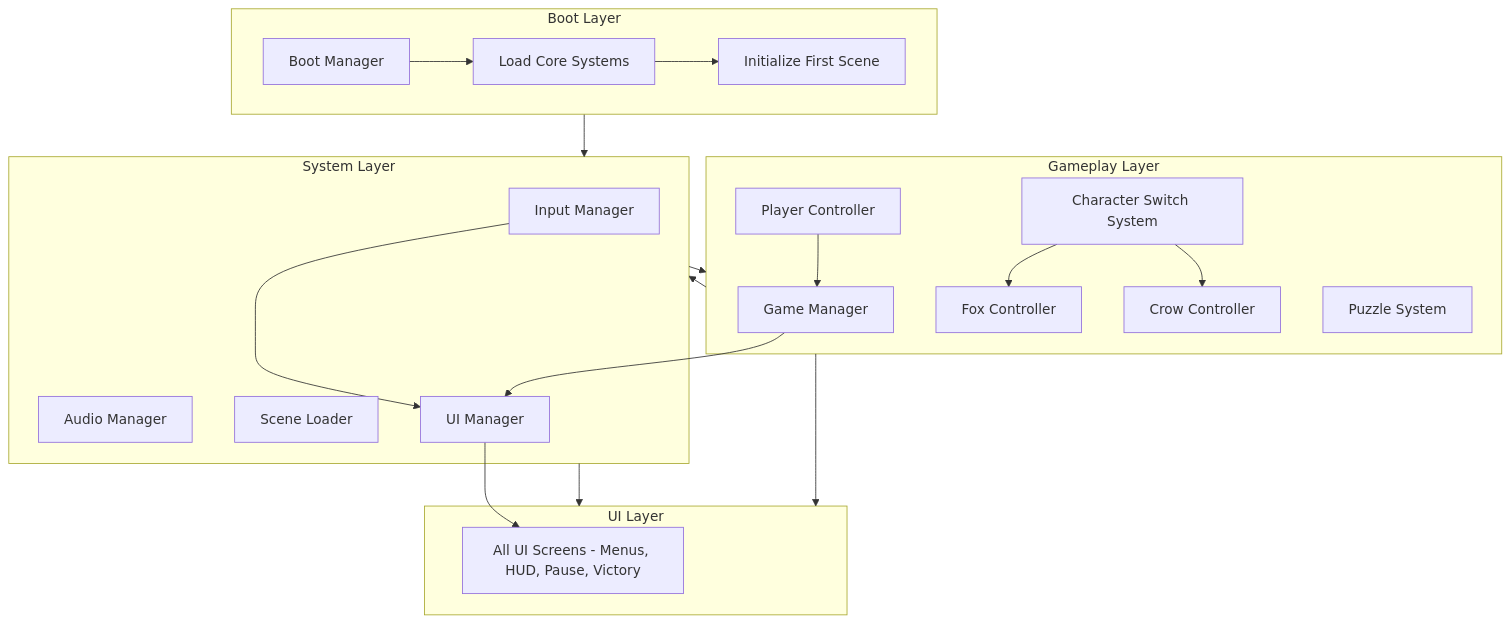
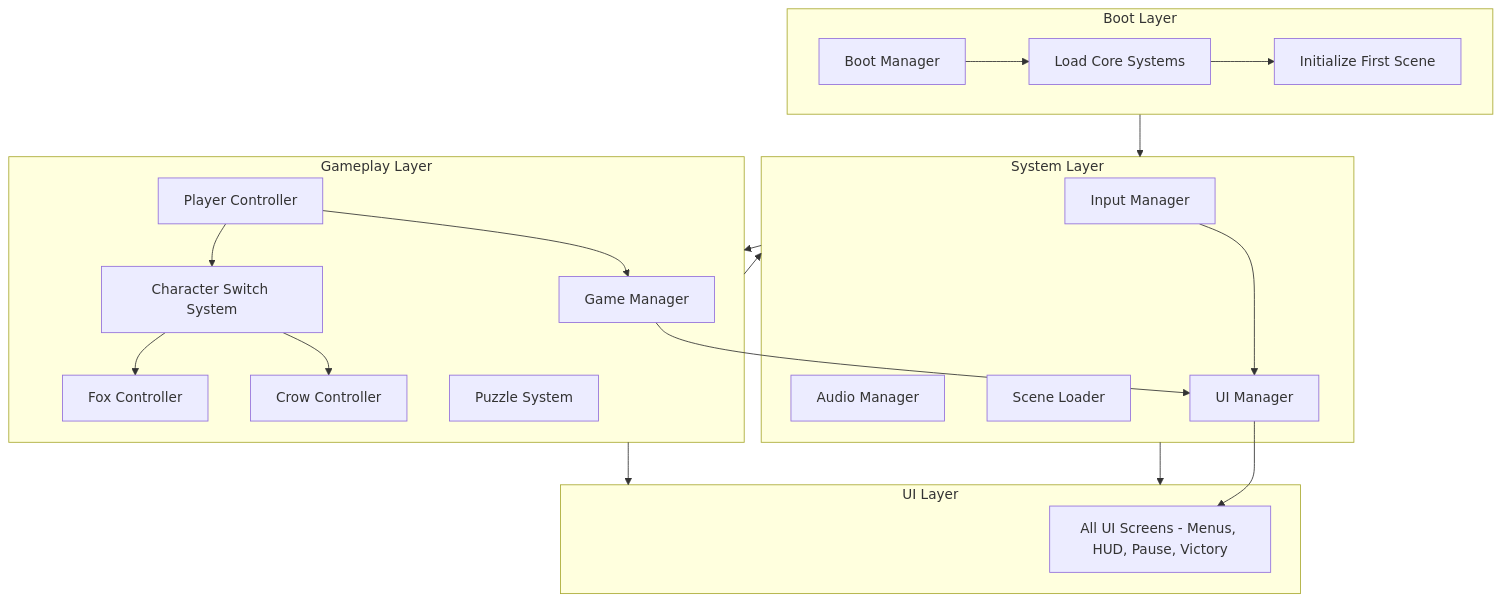
Before and after one commit to Justsomeguy241/Out-of-the-box: the second of 4 diagrams in README.md, drawn with Mermaid.

````diff
--- a/README.md
+++ b/README.md
@@ -51,50 +51,51 @@
 ```mermaid
 graph TD
 
 %% ========== BOOT / INIT ==========
 subgraph Boot_Layer["Boot Layer"]
     Boot[Boot Manager]
     LoadSystems[Load Core Systems]
     InitScene[Initialize First Scene]
     Boot --> LoadSystems --> InitScene
 end
 
 %% ========== SYSTEM LAYER ==========
 subgraph System_Layer["System Layer"]
     InputManager[Input Manager]
     AudioManager[Audio Manager]
     SceneLoader[Scene Loader]
     UIManager[UI Manager]
 end
 
 %% ========== GAMEPLAY LAYER ==========
 subgraph Gameplay_Layer["Gameplay Layer"]
     GameManager[Game Manager]
     PlayerController[Player Controller]
     SwitchSystem[Character Switch System]
     Fox[Fox Controller]
     Crow[Crow Controller]
     PuzzleSystem[Puzzle System]
 end
 
 %% ========== UI LAYER ==========
 subgraph UI_Layer["UI Layer"]
     UIElements[All UI Screens - Menus, HUD, Pause, Victory]
 end
 
 %% ========== INTER-LAYER CONNECTIONS ==========
 Boot_Layer --> System_Layer
 System_Layer --> Gameplay_Layer
 System_Layer --> UI_Layer
 Gameplay_Layer --> System_Layer
 Gameplay_Layer --> UI_Layer
 
 %% Key Manager Links
 InputManager --> UIManager
 UIManager --> UIElements
 GameManager --> UIManager
 PlayerController --> GameManager
 SwitchSystem --> Fox
 SwitchSystem --> Crow
+PlayerController --> SwitchSystem
 
 ```
````
